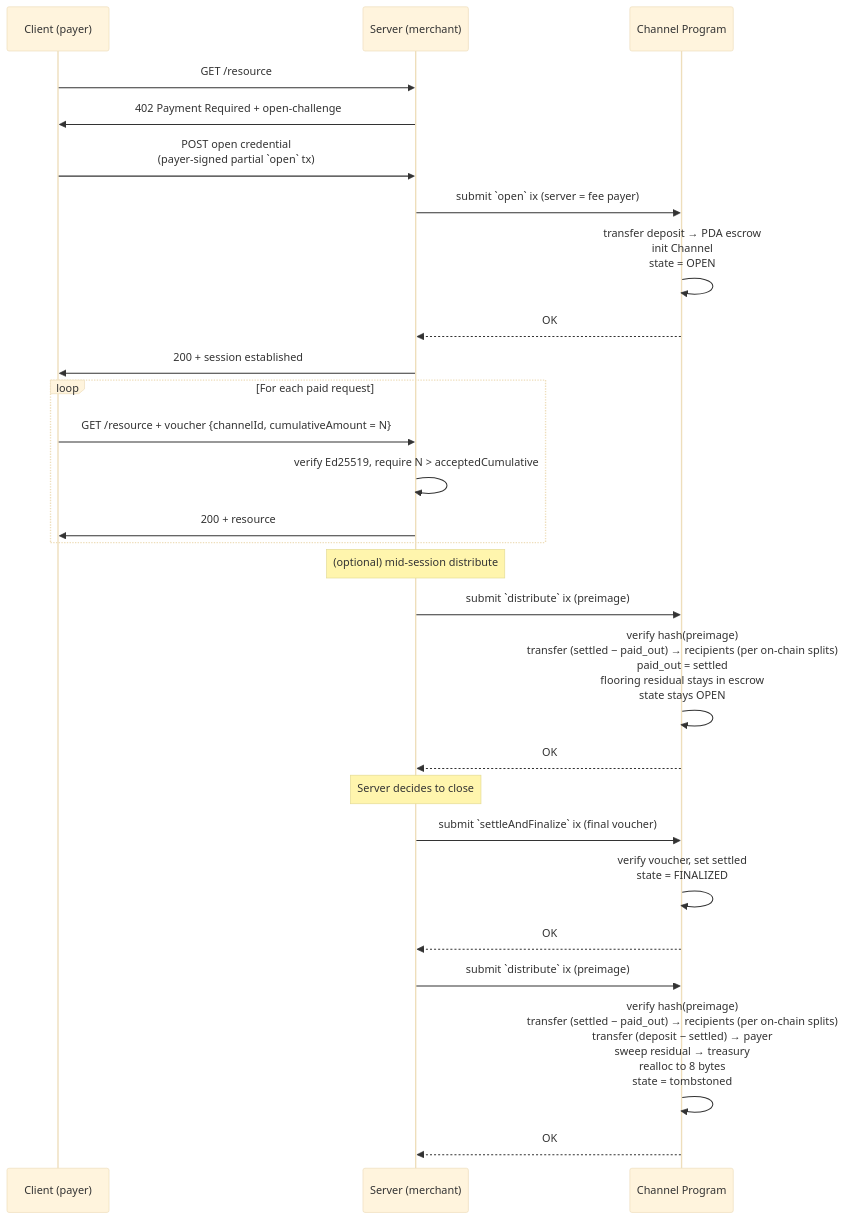
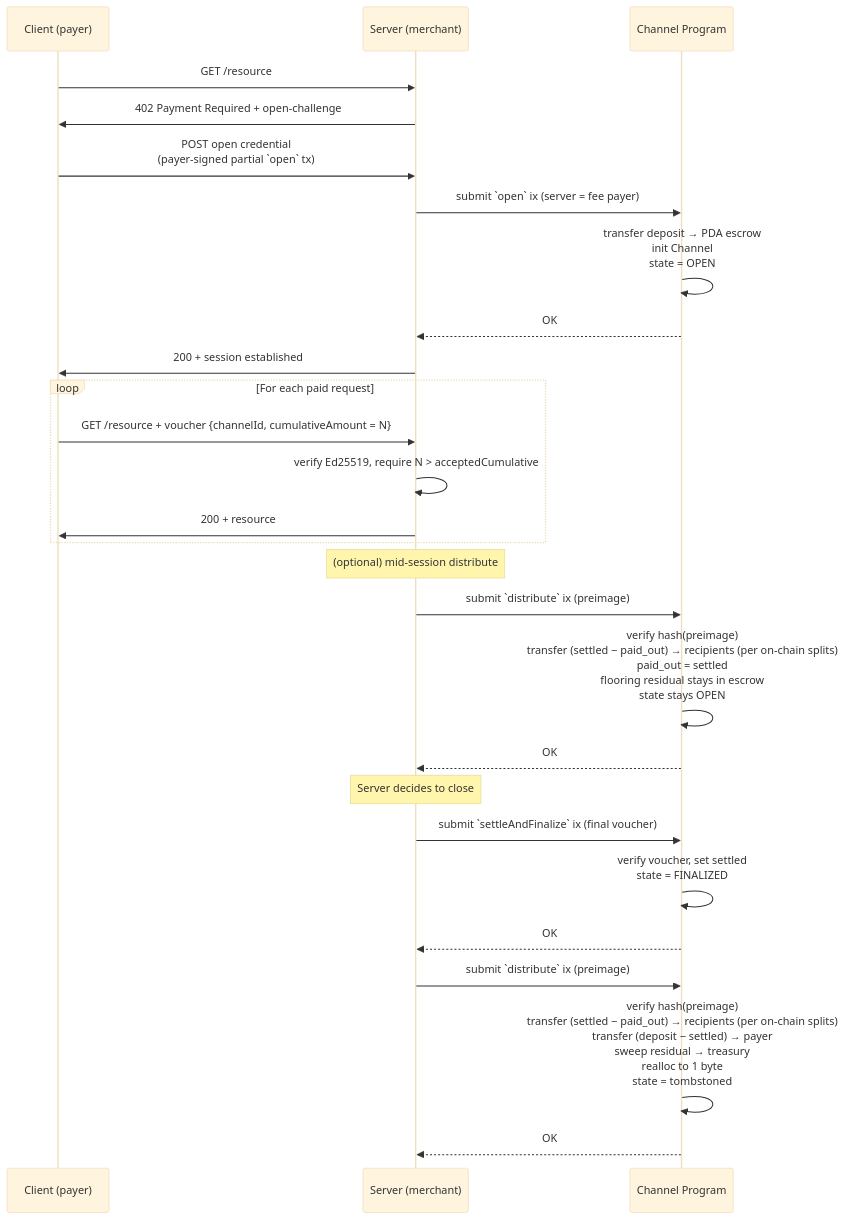
The first of 2 diagrams in docs/002-http-protocol.md (solana-foundation/payment-channels), drawn with Mermaid (base theme) before and after one commit. The commit also changed other lines of this file and 6 other files, not shown here.

````diff
--- a/docs/002-http-protocol.md
+++ b/docs/002-http-protocol.md
@@ -107,35 +107,35 @@
 ```mermaid
 sequenceDiagram
     participant C as Client (payer)
     participant S as Server (merchant)
     participant P as Channel Program
 
     C->>S: GET /resource
     S->>C: 402 Payment Required + open-challenge
 
     C->>S: POST open credential<br/>(payer-signed partial `open` tx)
     S->>P: submit `open` ix (server = fee payer)
     P->>P: transfer deposit → PDA escrow<br/>init Channel<br/>state = OPEN
     P-->>S: OK
     S->>C: 200 + session established
 
     loop For each paid request
         C->>S: GET /resource + voucher {channelId, cumulativeAmount = N}
         S->>S: verify Ed25519, require N > acceptedCumulative
         S->>C: 200 + resource
     end
 
     Note over S: (optional) mid-session distribute
     S->>P: submit `distribute` ix (preimage)
     P->>P: verify hash(preimage)<br/>transfer (settled − paid_out) → recipients (per on-chain splits)<br/>paid_out = settled<br/>flooring residual stays in escrow<br/>state stays OPEN
     P-->>S: OK
 
     Note over S: Server decides to close
     S->>P: submit `settleAndFinalize` ix (final voucher)
     P->>P: verify voucher, set settled<br/>state = FINALIZED
     P-->>S: OK
 
     S->>P: submit `distribute` ix (preimage)
-    P->>P: verify hash(preimage)<br/>transfer (settled − paid_out) → recipients (per on-chain splits)<br/>transfer (deposit − settled) → payer<br/>sweep residual → treasury<br/>realloc to 8 bytes<br/>state = tombstoned
+    P->>P: verify hash(preimage)<br/>transfer (settled − paid_out) → recipients (per on-chain splits)<br/>transfer (deposit − settled) → payer<br/>sweep residual → treasury<br/>realloc to 1 byte<br/>state = tombstoned
     P-->>S: OK
 ```
````
